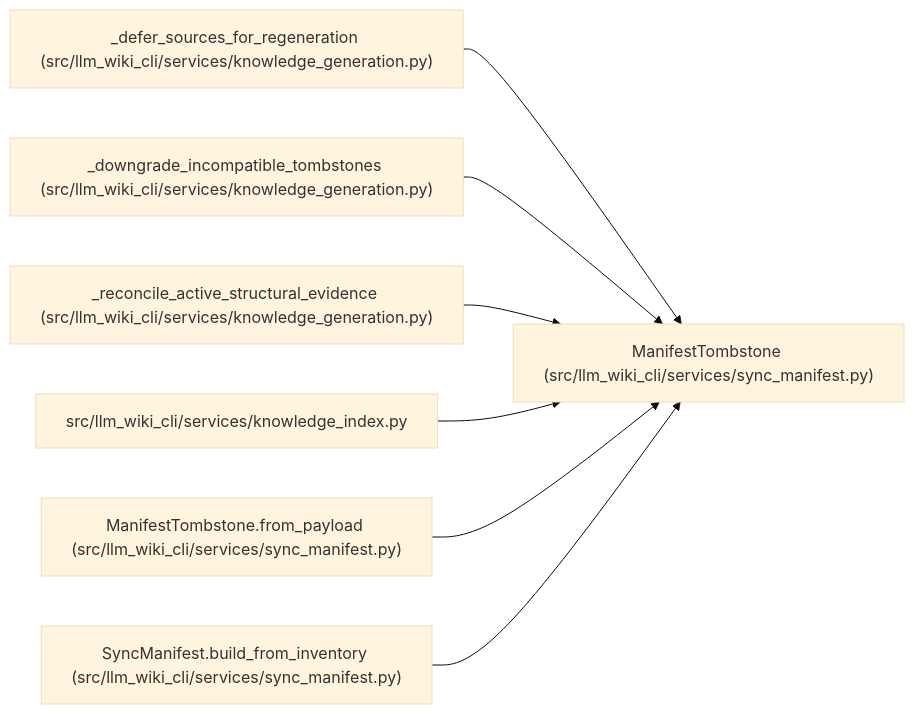
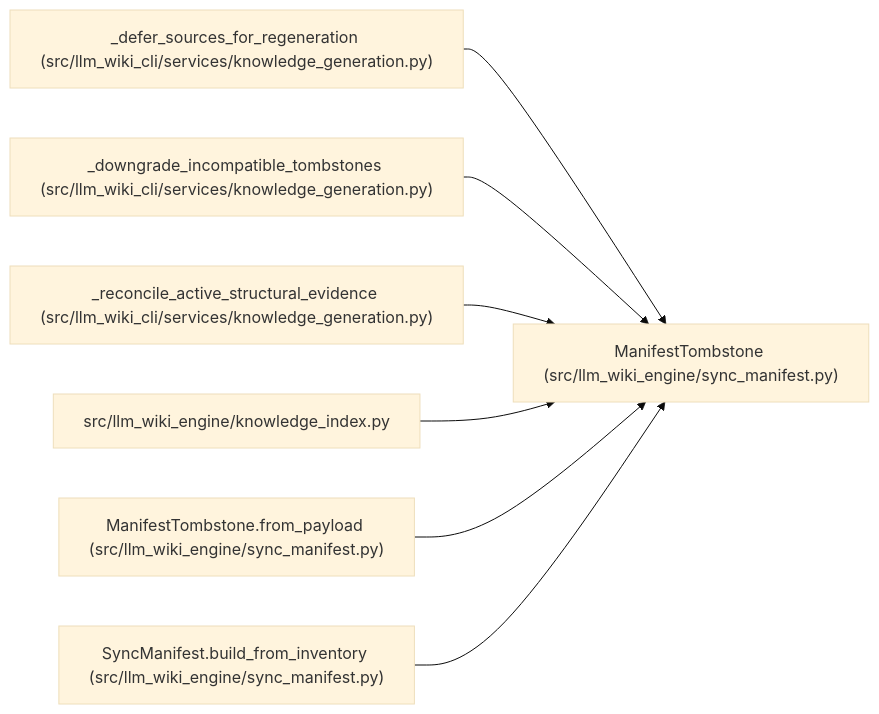
The diagram in docs/llm_wiki/entities/ManifestTombstone.md (Denissvgn/python-wiki-llm), drawn with Mermaid (base theme) before and after one commit. The commit also changed other lines of this file and 1058 other files, not shown here.

First line of the commit message:
docs: refresh the wiki for the knowledge store move

````diff
--- a/docs/llm_wiki/entities/ManifestTombstone.md
+++ b/docs/llm_wiki/entities/ManifestTombstone.md
@@ -33,23 +33,23 @@
 ```mermaid
 flowchart LR
-    n0["ManifestTombstone (src/llm_wiki_cli/services/sync_manifest.py)"]
+    n0["ManifestTombstone (src/llm_wiki_engine/sync_manifest.py)"]
     n1["_defer_sources_for_regeneration (src/llm_wiki_cli/services/knowledge_generation.py)"]
     n2["_downgrade_incompatible_tombstones (src/llm_wiki_cli/services/knowledge_generation.py)"]
     n3["_reconcile_active_structural_evidence (src/llm_wiki_cli/services/knowledge_generation.py)"]
-    n4["src/llm_wiki_cli/services/knowledge_index.py"]
-    n5["ManifestTombstone.from_payload (src/llm_wiki_cli/services/sync_manifest.py)"]
-    n6["SyncManifest.build_from_inventory (src/llm_wiki_cli/services/sync_manifest.py)"]
+    n4["src/llm_wiki_engine/knowledge_index.py"]
+    n5["ManifestTombstone.from_payload (src/llm_wiki_engine/sync_manifest.py)"]
+    n6["SyncManifest.build_from_inventory (src/llm_wiki_engine/sync_manifest.py)"]
     n1 --> n0
     n2 --> n0
     n3 --> n0
     n4 --> n0
     n5 --> n0
     n6 --> n0
     click n0 "../modules/sync_manifest.md"
     click n1 "../modules/knowledge_generation.md"
     click n2 "../modules/knowledge_generation.md"
     click n3 "../modules/knowledge_generation.md"
     click n4 "../modules/knowledge_index.md"
     click n5 "../modules/sync_manifest.md"
     click n6 "../modules/sync_manifest.md"
 ```
````
